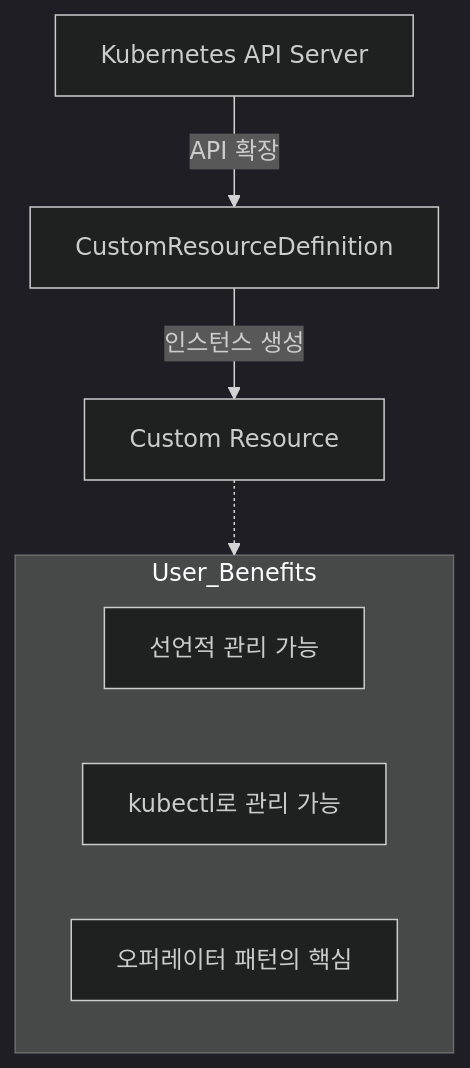
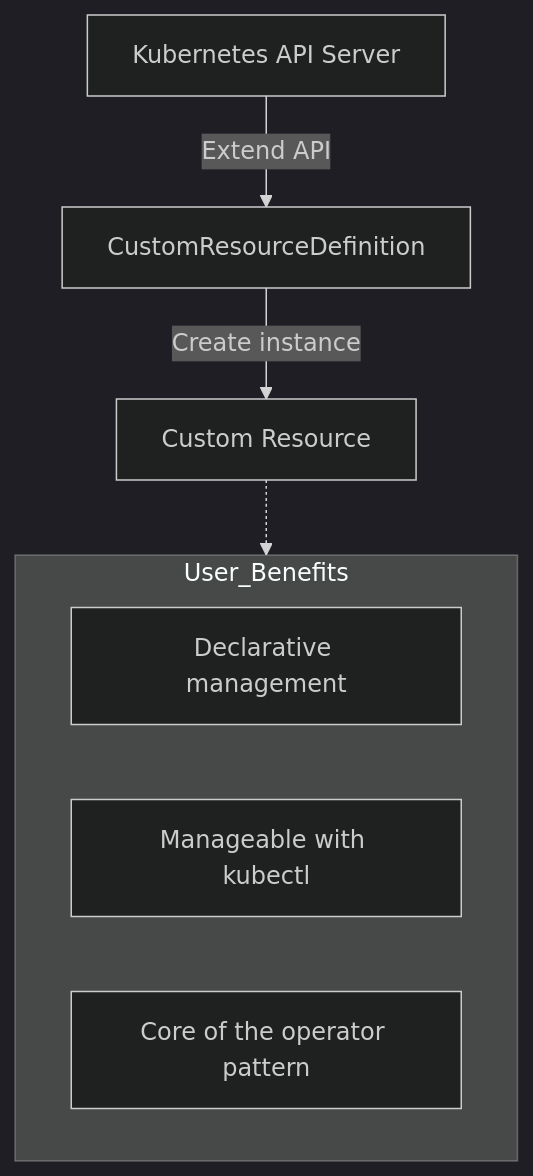
Before and after one commit to jeonck/k8s-adv: the diagram in content/basics/42-crd-guide.md, drawn with Mermaid (dark theme). The commit also changed other lines of this file and 223 other files, not shown here.

````diff
--- a/content/basics/42-crd-guide.md
+++ b/content/basics/42-crd-guide.md
@@ -28,13 +28,13 @@
 ```mermaid
 graph TD
-    KAPI[Kubernetes API Server] -- "API 확장" --> CRD[CustomResourceDefinition]
-    CRD -- "인스턴스 생성" --> CR[Custom Resource]
+    KAPI[Kubernetes API Server] -- "Extend API" --> CRD[CustomResourceDefinition]
+    CRD -- "Create instance" --> CR[Custom Resource]
     
     subgraph User_Benefits
-    B1[선언적 관리 가능]
-    B2[kubectl로 관리 가능]
-    B3[오퍼레이터 패턴의 핵심]
+    B1[Declarative management]
+    B2[Manageable with kubectl]
+    B3[Core of the operator pattern]
     end
     
     CR -.-> User_Benefits
 ```
````
